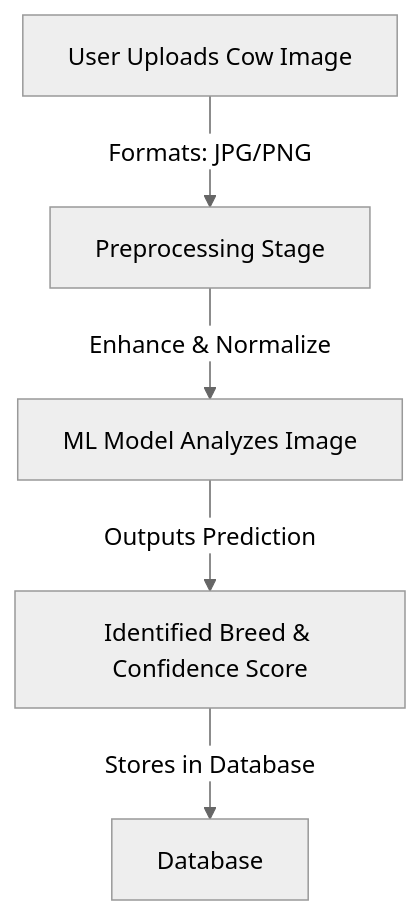
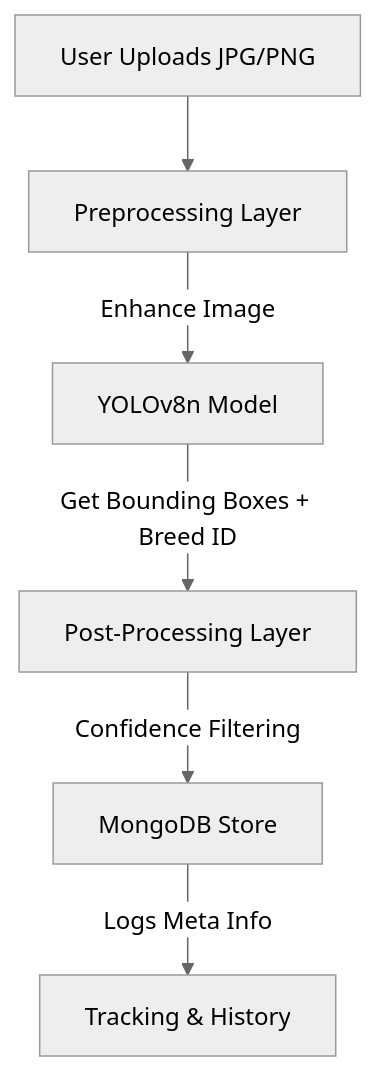
One commit to Maheshh-S/AquaBov changed the second of 5 diagrams in README.md. Above: the diagram before and after it, drawn with Mermaid (neutral theme). The commit also changed other lines of this file, not shown here.

````diff
--- a/README.md
+++ b/README.md
@@ -44,7 +47,8 @@
 ```mermaid
 graph TD;
-    U[User Uploads Cow Image] -->|Formats: JPG/PNG| P[Preprocessing Stage]
-    P -->|Enhance & Normalize| M[ML Model Analyzes Image]
-    M -->|Outputs Prediction| R[Identified Breed & Confidence Score]
-    R -->|Stores in Database| D[Database]
+    U[User Uploads JPG/PNG] --> P[Preprocessing Layer]
+    P -->|Enhance Image| R[YOLOv8n Model]
+    R -->|Get Bounding Boxes + Breed ID| S[Post-Processing Layer]
+    S -->|Confidence Filtering| D[MongoDB Store]
+    D -->|Logs Meta Info| M[Tracking & History]
 ```
````
